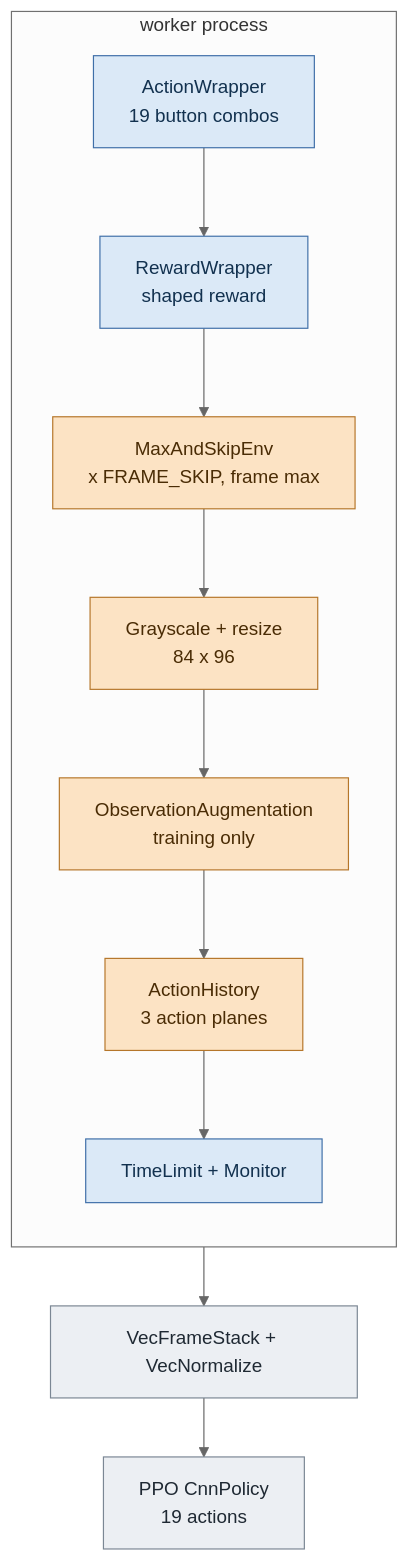
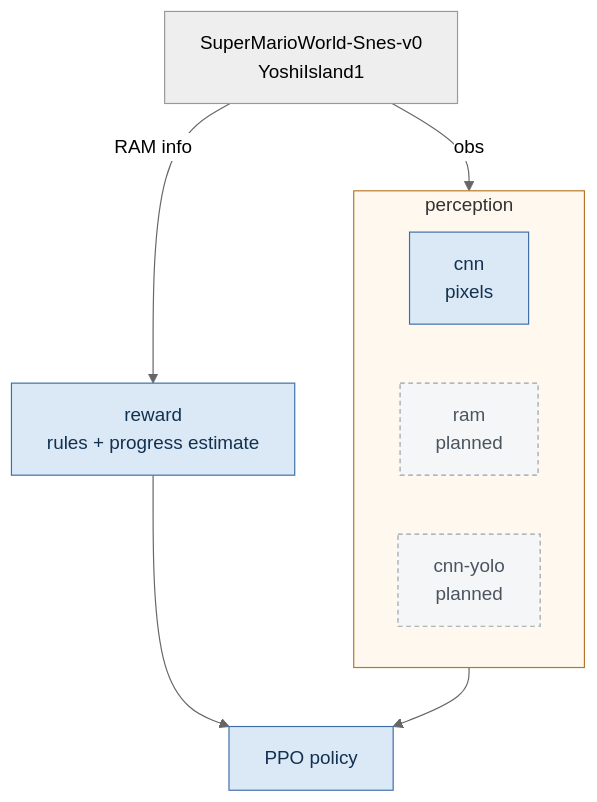
One commit to jasonkwh/DeepMario-SMW changed the first of 2 diagrams in README.md. Above: the diagram before and after it, drawn with Mermaid (neutral theme). The commit also changed other lines of this file, not shown here.

Commit message:
docs: update README architecture section for improved clarity
- Revised the architecture section to clarify the relationships between perception layers and their downstream components.
- Enhanced flowchart to illustrate the fixed order of environment wrappers and their interactions with the encoder.
- Updated descriptions to differentiate between shared and independent components in the training process.

````diff
--- a/README.md
+++ b/README.md
@@ -76,22 +79,21 @@
 ```mermaid
 flowchart TD
-  subgraph W["worker process"]
-    direction TB
-    AW["ActionWrapper<br/>19 button combos"]
-    RW["RewardWrapper<br/>shaped reward"]
-    MS["MaxAndSkipEnv<br/>x FRAME_SKIP, frame max"]
-    GSR["Grayscale + resize<br/>84 x 96"]
-    AUG["ObservationAugmentation<br/>training only"]
-    AH["ActionHistory<br/>3 action planes"]
-    TL["TimeLimit + Monitor"]
-    AW --> RW --> MS --> GSR --> AUG --> AH --> TL
+  ENV["SuperMarioWorld-Snes-v0<br/>YoshiIsland1"]
+  subgraph P["perception"]
+    direction LR
+    CNN["cnn<br/>pixels"]
+    RAM["ram<br/>planned"]
+    YOLO["cnn-yolo<br/>planned"]
   end
-  TL --> VEC["VecFrameStack + VecNormalize"]
-  VEC --> PPO["PPO CnnPolicy<br/>19 actions"]
-  classDef shared fill:#dbe9f7,stroke:#3f6fa8,color:#12314f
-  classDef plug fill:#fce3c4,stroke:#b5762a,color:#4a2c05
-  classDef vec fill:#eceff3,stroke:#7b8794,color:#1f2933
-  class AW,RW,TL shared
-  class MS,GSR,AUG,AH plug
-  class VEC,PPO vec
+  REW["reward<br/>rules + progress estimate"]
+  PPO["PPO policy"]
+  ENV -->|obs| P
+  P --> PPO
+  ENV -->|RAM info| REW
+  REW --> PPO
+  classDef live fill:#dbe9f7,stroke:#3f6fa8,color:#12314f
+  classDef todo fill:#f5f6f7,stroke:#98a2ad,stroke-dasharray: 4 3,color:#4a5560
+  class CNN,REW,PPO live
+  class RAM,YOLO todo
+  style P fill:#fff8ef,stroke:#b5762a
 ```
````
